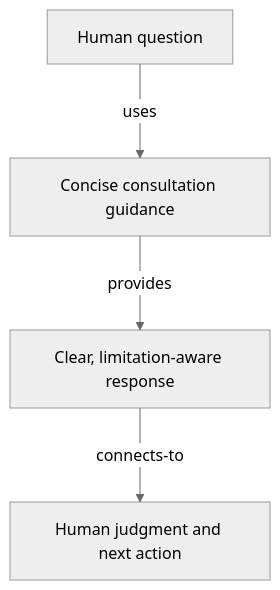
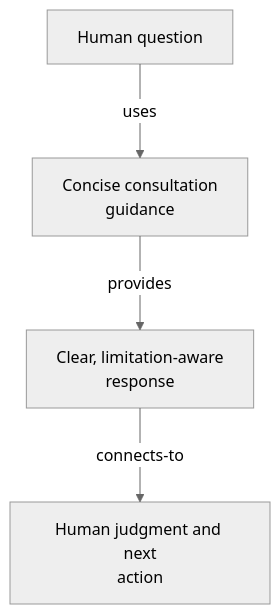
Before and after one commit to abstract-business-systems/as-is: the diagram in skills/human-centered-consulting/as-is.md, drawn with Mermaid (neutral theme). The commit also changed 47 other files, not shown here.

Commit message:
docs(diagrams): improve Mermaid readability validation

````diff
--- a/skills/human-centered-consulting/as-is.md
+++ b/skills/human-centered-consulting/as-is.md
@@ -16,10 +16,10 @@
 ```mermaid
 ---
 config:
   layout: elk
 ---
 flowchart TB
-    Question["Human question"] -->|uses| Guidance["Concise consultation guidance"]
-    Guidance -->|provides| Response["Clear, limitation-aware response"]
-    Response -->|connects-to| Judgment["Human judgment and next action"]
+    Question["Human question"] -->|uses| Guidance["Concise consultation<br/>guidance"]
+    Guidance -->|provides| Response["Clear, limitation-aware<br/>response"]
+    Response -->|connects-to| Judgment["Human judgment and next<br/>action"]
 ```
````
